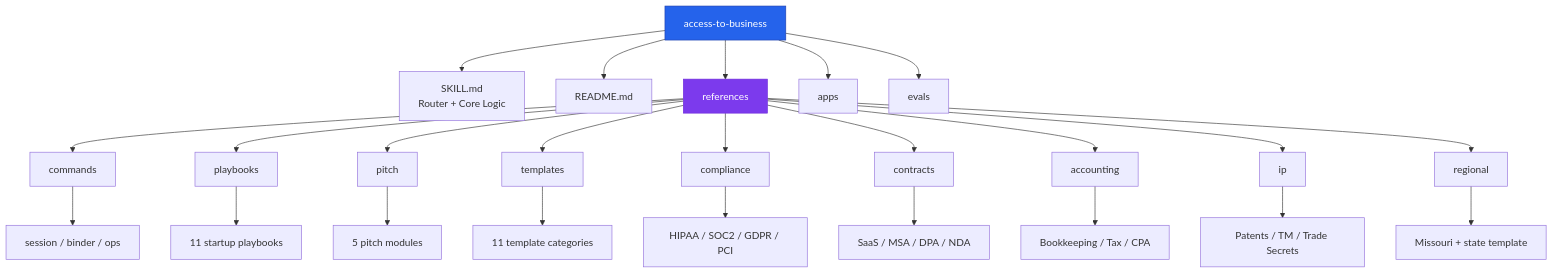
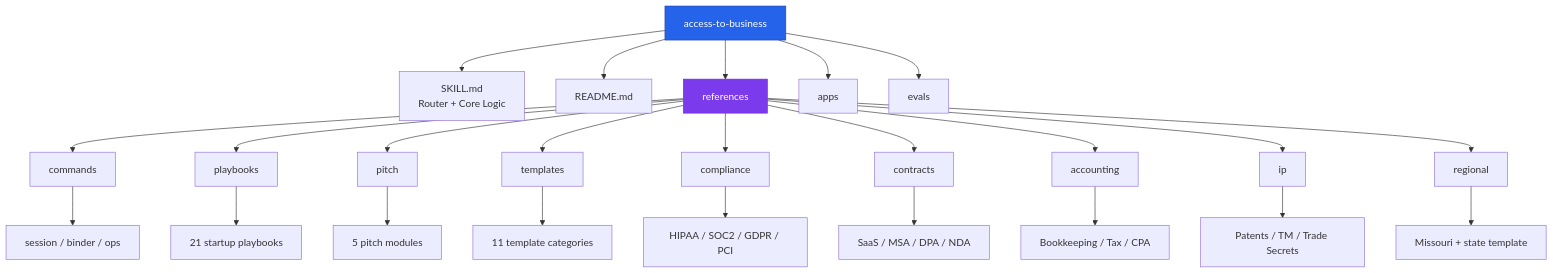
The third of 3 diagrams in README.md (dougdevitre/access-to-business), drawn with Mermaid before and after one commit. The commit also changed other lines of this file and 2 other files, not shown here.

Commit message:
Add routing and file tree entries for 8 split playbooks, fix README version
- SKILL.md: Added 8 split playbooks to file tree with accurate descriptions
- SKILL.md: Added 8 routing table entries for advanced playbook companions
  (investor-binder-due-diligence, first-revenue-scalable, customer-discovery-
  advanced, pricing-strategy-advanced, competitive-intelligence-management,
  network-building-advisors, ninety-day-sprints-growth, automation-advanced)
- README.md: Updated version badge from 1.0.0 to 1.1.0
- README.md: Updated playbook count in mermaid diagram from 11 to 21
- playbooks/README.md: Added "Advanced Deep-Dives" table documenting all 8
  split playbook companions with their parent files and content summaries

https://claude.ai/code/session_01TkHEsUEFb3k3qia3SCfLQi

````diff
--- a/README.md
+++ b/README.md
@@ -83,31 +83,31 @@
 ```mermaid
 graph TD
     ROOT[access-to-business] --> SKILL[SKILL.md\nRouter + Core Logic]
     ROOT --> README_F[README.md]
     ROOT --> REF[references]
     ROOT --> APPS[apps]
     ROOT --> EVALS[evals]
 
     REF --> CMD[commands]
     REF --> PB[playbooks]
     REF --> PT[pitch]
     REF --> TMP[templates]
     REF --> CMP[compliance]
     REF --> CTR[contracts]
     REF --> ACC[accounting]
     REF --> IP_D[ip]
     REF --> RGN[regional]
 
     CMD --> CMD1[session / binder / ops]
-    PB --> PB1[11 startup playbooks]
+    PB --> PB1[21 startup playbooks]
     PT --> PT1[5 pitch modules]
     TMP --> TMP1[11 template categories]
     CMP --> CMP1[HIPAA / SOC2 / GDPR / PCI]
     CTR --> CTR1[SaaS / MSA / DPA / NDA]
     ACC --> ACC1[Bookkeeping / Tax / CPA]
     IP_D --> IP1[Patents / TM / Trade Secrets]
     RGN --> RGN1[Missouri + state template]
 
     style ROOT fill:#2563eb,stroke:#1e40af,color:#fff
     style REF fill:#7c3aed,stroke:#6d28d9,color:#fff
 ```
````
